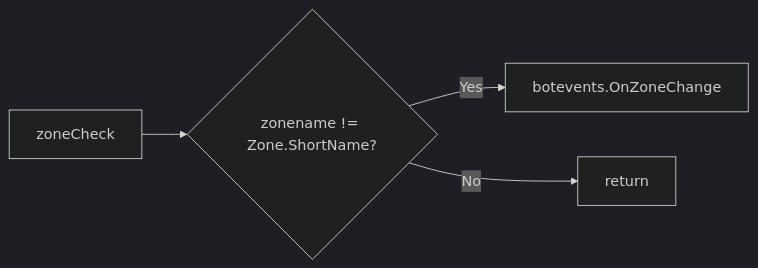
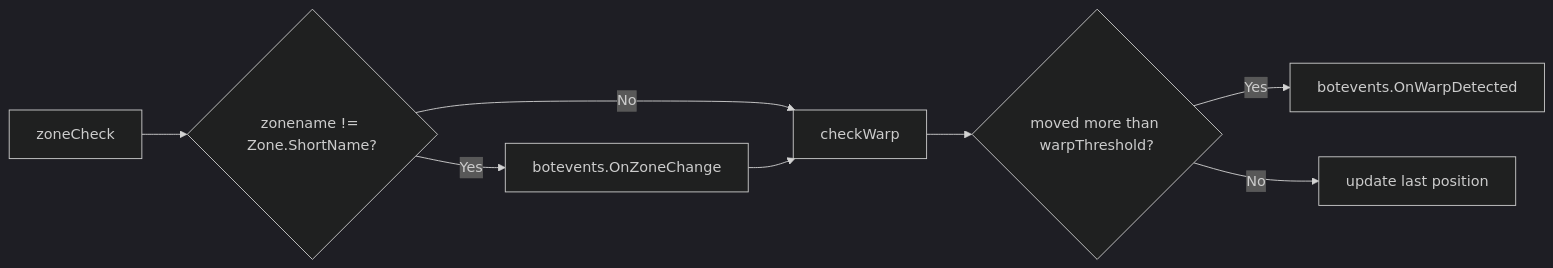
One commit to Cezero/czbot changed the diagram in docs/botlogic/hook-zonecheck.md. Above: the diagram before and after it, drawn with Mermaid (dark theme). The commit also changed other lines of this file and 19 other files, not shown here.

````diff
--- a/docs/botlogic/hook-zonecheck.md
+++ b/docs/botlogic/hook-zonecheck.md
@@ -8,6 +8,10 @@
 ```mermaid
 flowchart LR
     A[zoneCheck] --> B{zonename != Zone.ShortName?}
     B -->|Yes| C[botevents.OnZoneChange]
-    B -->|No| D[return]
+    B -->|No| D[checkWarp]
+    C --> D
+    D --> E{moved more than warpThreshold?}
+    E -->|Yes| F[botevents.OnWarpDetected]
+    E -->|No| G[update last position]
 ```
````
